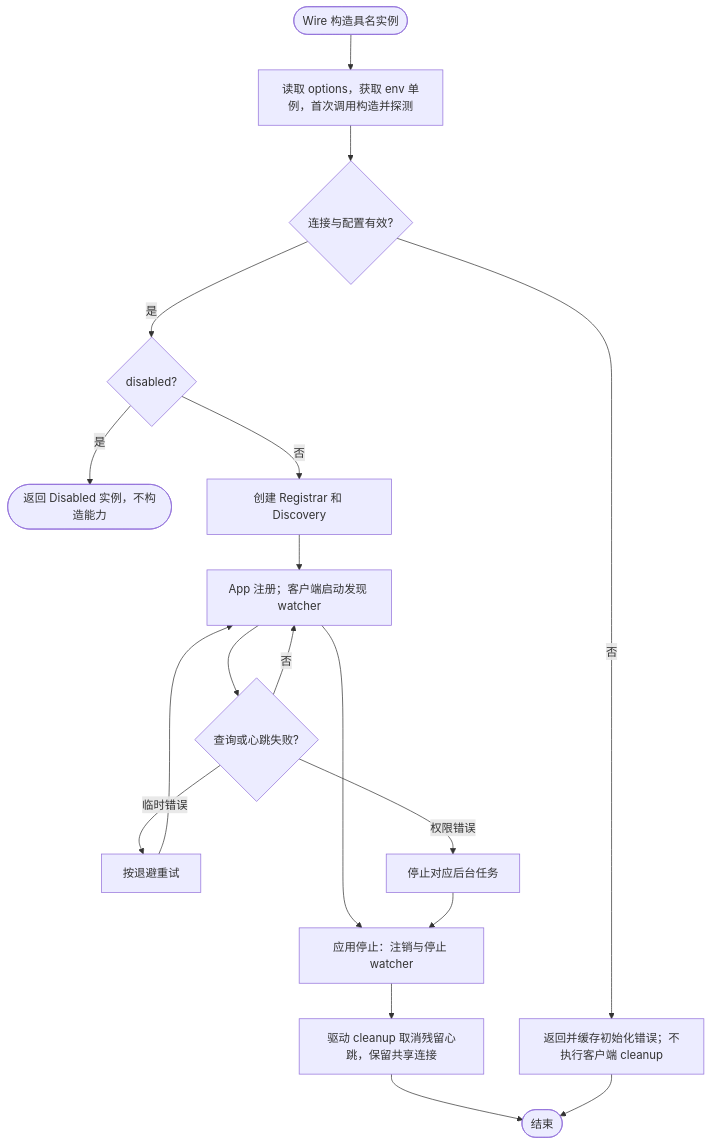
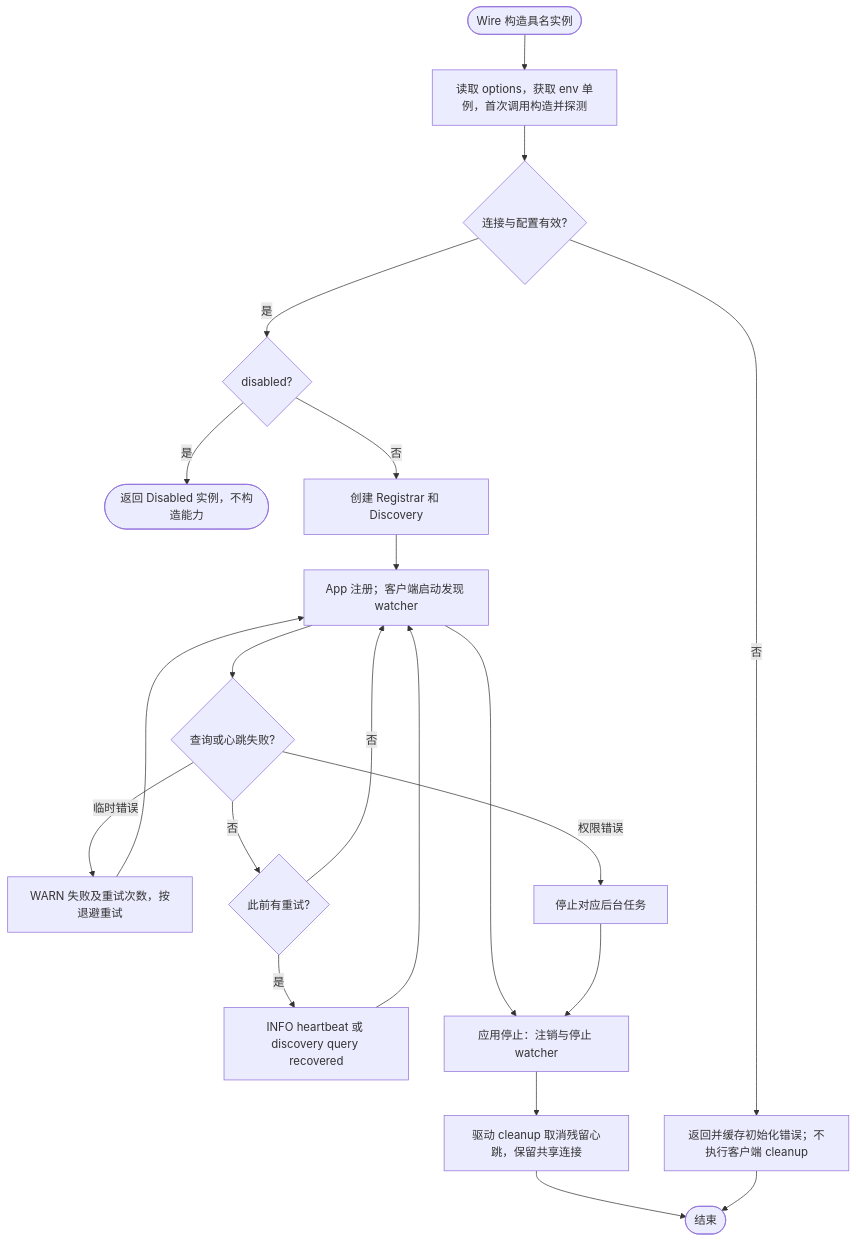
Before and after one commit to jaggerzhuang1994/kratos-foundation: the diagram in contrib/registry/consul/README.md, drawn with Mermaid. The commit also changed 60 other files, not shown here.

````diff
--- a/contrib/registry/consul/README.md
+++ b/contrib/registry/consul/README.md
@@ -22,20 +22,23 @@
 ```mermaid
 flowchart TD
  A([Wire 构造具名实例]) --> B[读取 options，获取 env 单例，首次调用构造并探测]
  B --> C{连接与配置有效?}
  C -- 否 --> X[返回并缓存初始化错误；不执行客户端 cleanup]
  C -- 是 --> Z{disabled?}
  Z -- 是 --> V([返回 Disabled 实例，不构造能力])
  Z -- 否 --> D[创建 Registrar 和 Discovery]
  D --> E[App 注册；客户端启动发现 watcher]
  E --> F{查询或心跳失败?}
- F -- 临时错误 --> G[按退避重试]
+ F -- 临时错误 --> G[WARN 失败及重试次数，按退避重试]
  G --> E
  F -- 权限错误 --> H[停止对应后台任务]
- F -- 否 --> E
+ F -- 否 --> R{此前有重试?}
+ R -- 是 --> S[INFO heartbeat 或 discovery query recovered]
+ S --> E
+ R -- 否 --> E
  E --> I[应用停止：注销与停止 watcher]
  H --> I
  I --> J[驱动 cleanup 取消残留心跳，保留共享连接]
  J --> K([结束])
  X --> K
 ```
````
